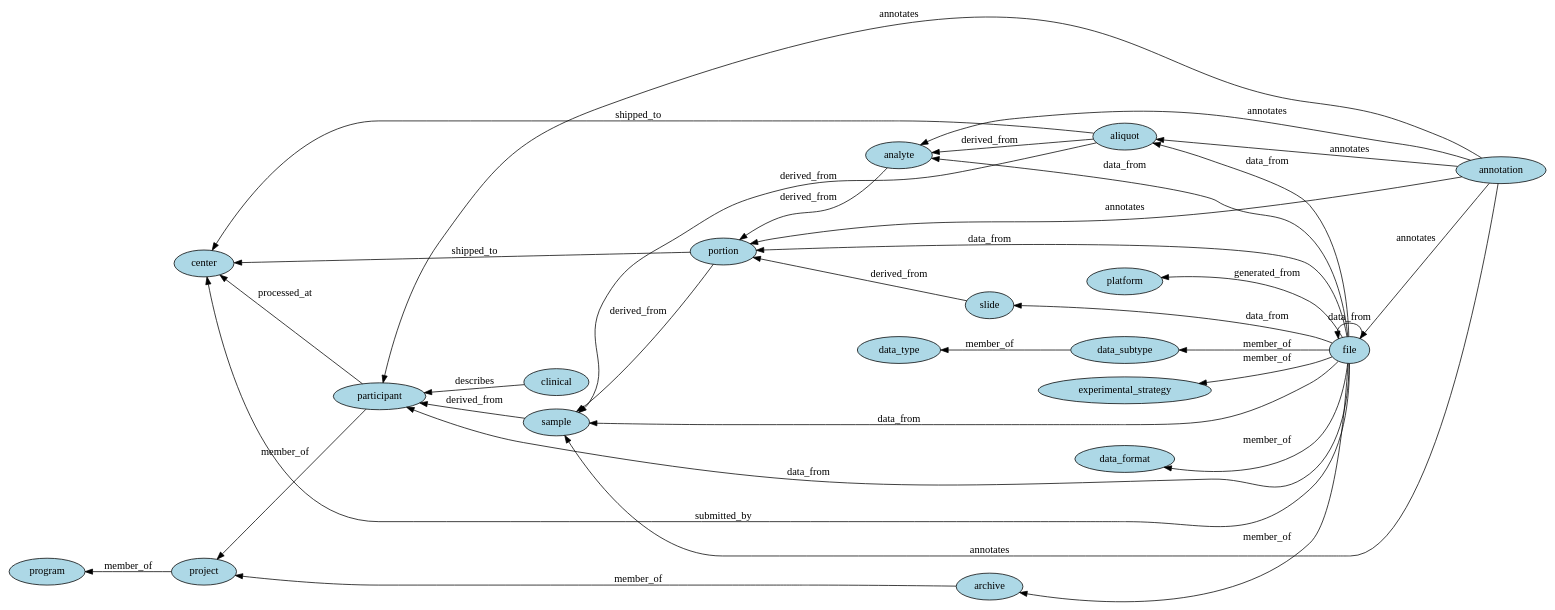
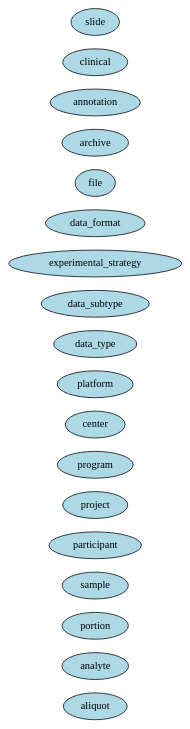
Before and after one commit to NCI-GDC/gdcdatamodel: the diagram in avro/viz/gdc_data_model.gv, drawn with Graphviz. The commit also changed 4 other files, not shown here.

```diff
--- a/avro/viz/gdc_data_model.gv
+++ b/avro/viz/gdc_data_model.gv
@@ -1,56 +1,23 @@
 // High level graph representation of GDC data model
 digraph {
 	graph [rankdir=RL]
 	node [fillcolor=lightblue style=filled]
 		aliquot [label=aliquot]
 		analyte [label=analyte]
 		portion [label=portion]
 		sample [label=sample]
 		participant [label=participant]
 		project [label=project]
 		program [label=program]
 		center [label=center]
 		platform [label=platform]
 		data_type [label=data_type]
 		data_subtype [label=data_subtype]
 		experimental_strategy [label=experimental_strategy]
 		data_format [label=data_format]
 		file [label=file]
 		archive [label=archive]
 		annotation [label=annotation]
 		clinical [label=clinical]
 		slide [label=slide]
-			aliquot -> analyte [label=derived_from]
-			aliquot -> sample [label=derived_from]
-			analyte -> portion [label=derived_from]
-			portion -> sample [label=derived_from]
-			sample -> participant [label=derived_from]
-			slide -> portion [label=derived_from]
-			participant -> project [label=member_of]
-			project -> program [label=member_of]
-			archive -> project [label=member_of]
-			file -> archive [label=member_of]
-			file -> experimental_strategy [label=member_of]
-			file -> data_subtype [label=member_of]
-			file -> data_format [label=member_of]
-			data_subtype -> data_type [label=member_of]
-			participant -> center [label=processed_at]
-			file -> platform [label=generated_from]
-			file -> aliquot [label=data_from]
-			file -> analyte [label=data_from]
-			file -> portion [label=data_from]
-			file -> sample [label=data_from]
-			file -> participant [label=data_from]
-			file -> slide [label=data_from]
-			file -> file [label=data_from]
-			clinical -> participant [label=describes]
-			annotation -> participant [label=annotates]
-			annotation -> sample [label=annotates]
-			annotation -> portion [label=annotates]
-			annotation -> analyte [label=annotates]
-			annotation -> aliquot [label=annotates]
-			annotation -> file [label=annotates]
-			aliquot -> center [label=shipped_to]
-			portion -> center [label=shipped_to]
-			file -> center [label=submitted_by]
 }
```
